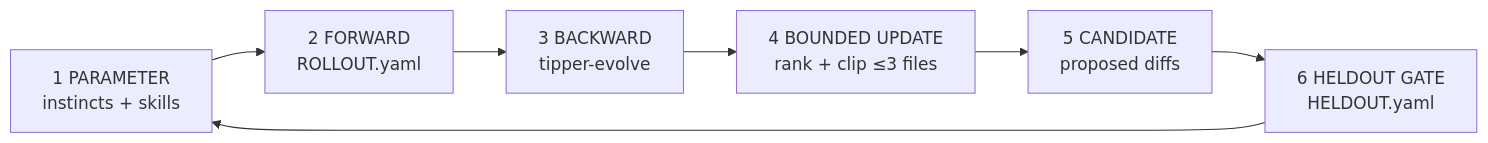
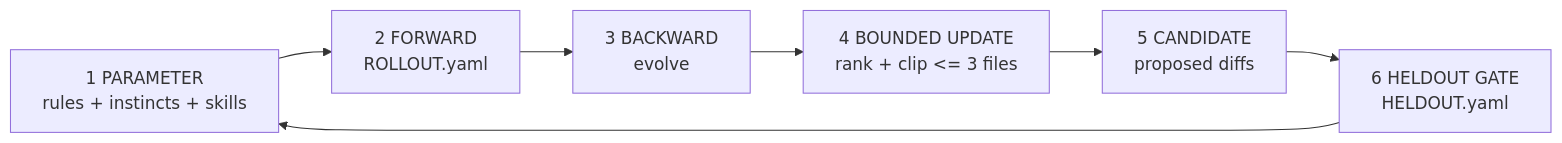
One commit to Tipper-Network/The-Hard-Port changed the diagram in .cursor/skills/training-loop/TRAINING-LOOP.md. Above: the diagram before and after it, drawn with Mermaid. The commit also changed other lines of this file and 14 other files, not shown here.

````diff
--- a/.cursor/skills/training-loop/TRAINING-LOOP.md
+++ b/.cursor/skills/training-loop/TRAINING-LOOP.md
@@ -9,10 +11,10 @@
 ```mermaid
 flowchart LR
-  P["1 PARAMETER<br/>instincts + skills"]
+  P["1 PARAMETER<br/>rules + instincts + skills"]
   F["2 FORWARD<br/>ROLLOUT.yaml"]
-  B["3 BACKWARD<br/>tipper-evolve"]
-  U["4 BOUNDED UPDATE<br/>rank + clip ≤3 files"]
+  B["3 BACKWARD<br/>evolve"]
+  U["4 BOUNDED UPDATE<br/>rank + clip <= 3 files"]
   C["5 CANDIDATE<br/>proposed diffs"]
   V["6 HELDOUT GATE<br/>HELDOUT.yaml"]
   P --> F --> B --> U --> C --> V --> P
 ```
````
